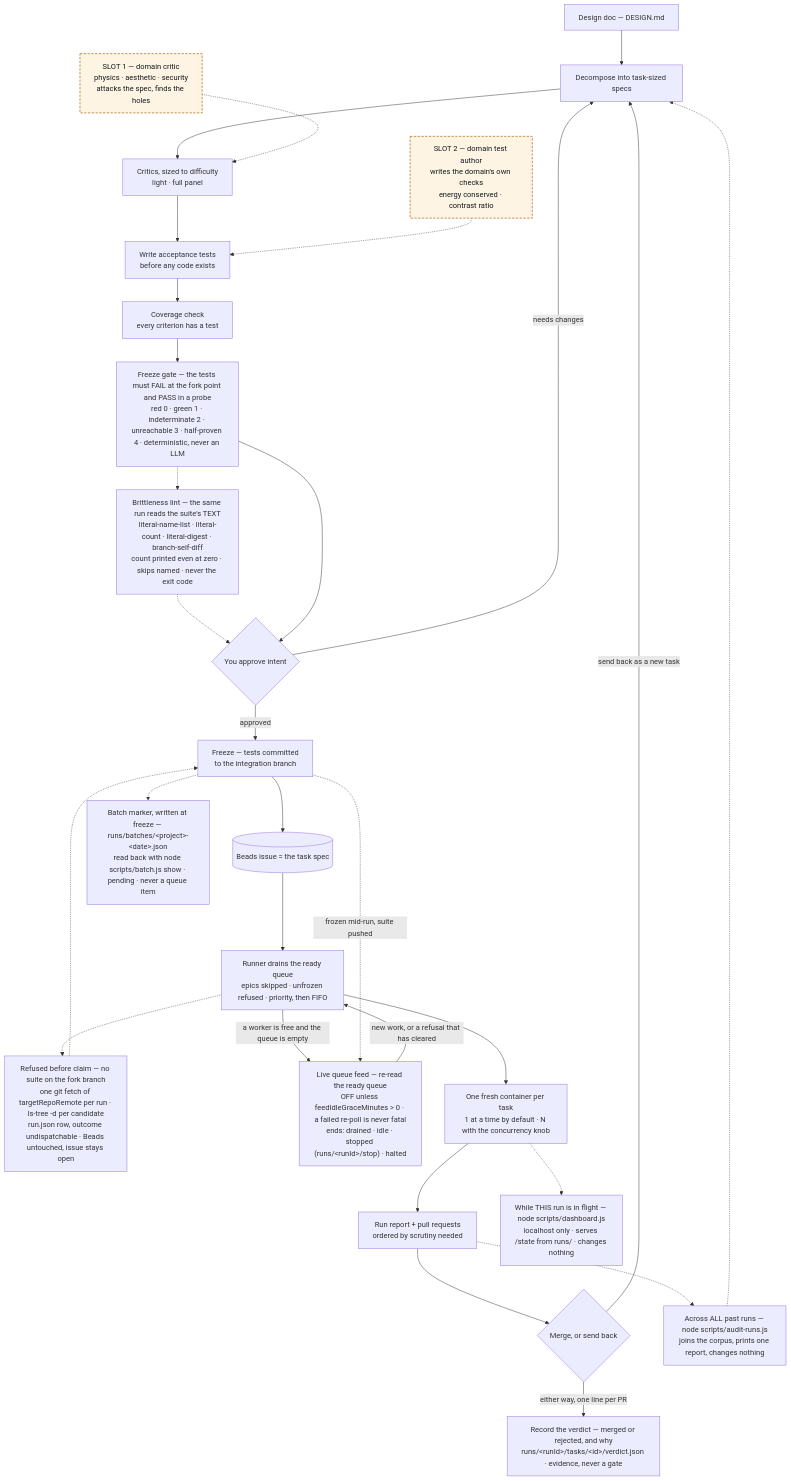
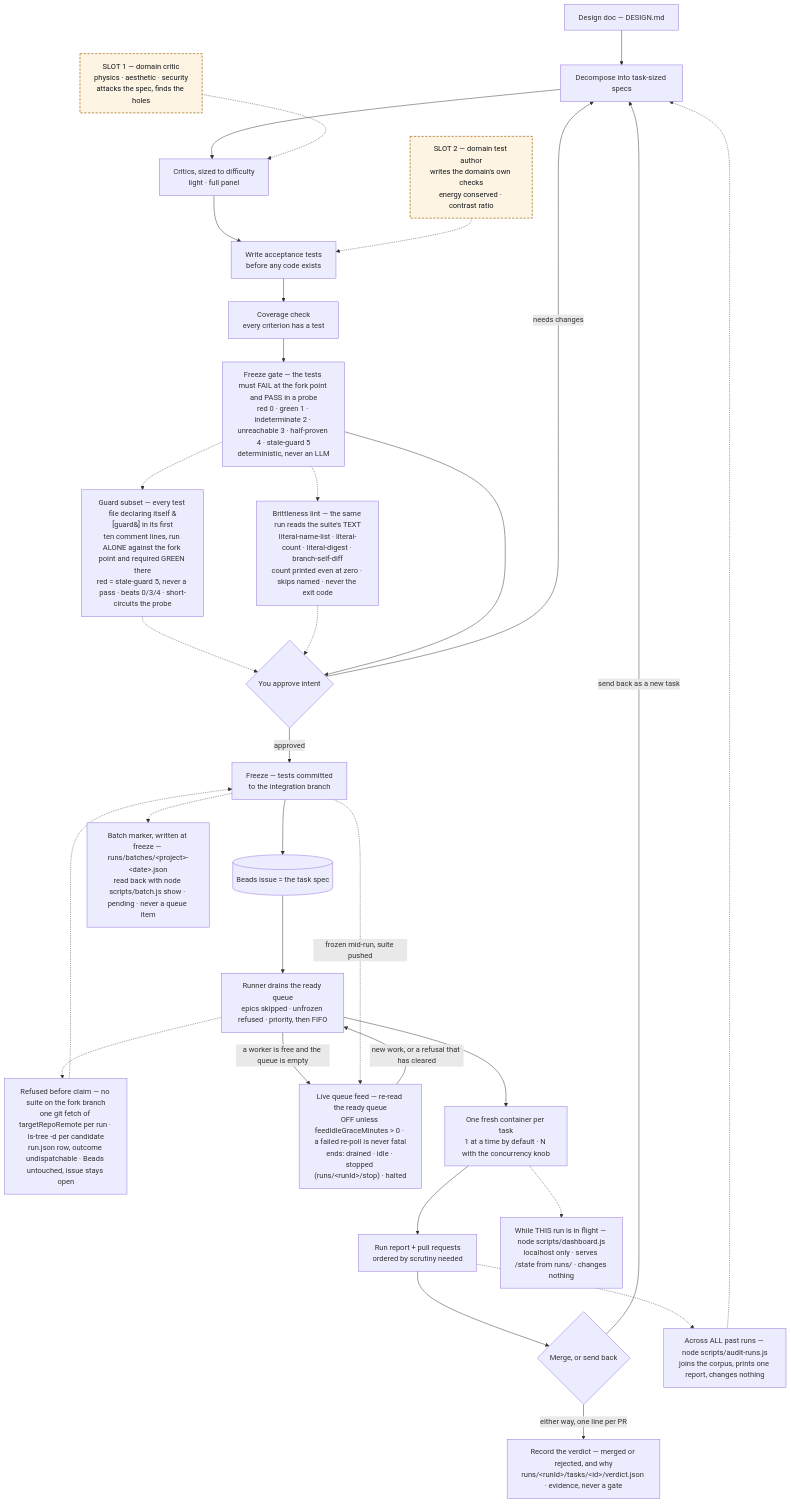
One commit to Chadleewalker/Multi-AgentPipelines changed the first of 5 diagrams in docs/pipeline-diagram.md. Above: the diagram before and after it, drawn with Mermaid. The commit also changed other lines of this file and 8 other files, not shown here.

````diff
--- a/docs/pipeline-diagram.md
+++ b/docs/pipeline-diagram.md
@@ -14,34 +14,36 @@
 ```mermaid
 flowchart TB
   A["Design doc — DESIGN.md"] --> B["Decompose into task-sized specs"]
   B --> C["Critics, sized to difficulty<br/>light · full panel"]
   SP1["SLOT 1 — domain critic<br/>physics · aesthetic · security<br/>attacks the spec, finds the holes"] -.-> C
   C --> D["Write acceptance tests<br/>before any code exists"]
   SP2["SLOT 2 — domain test author<br/>writes the domain's own checks<br/>energy conserved · contrast ratio"] -.-> D
   D --> E["Coverage check<br/>every criterion has a test"]
-  E --> FG["Freeze gate — the tests must FAIL at the fork point and PASS in a probe<br/>red 0 · green 1 · indeterminate 2 · unreachable 3 · half-proven 4 · deterministic, never an LLM"]
+  E --> FG["Freeze gate — the tests must FAIL at the fork point and PASS in a probe<br/>red 0 · green 1 · indeterminate 2 · unreachable 3 · half-proven 4 · stale-guard 5<br/>deterministic, never an LLM"]
+  FG -.-> SG["Guard subset — every test file declaring itself &#91;guard&#93; in its first<br/>ten comment lines, run ALONE against the fork point and required GREEN there<br/>red = stale-guard 5, never a pass · beats 0/3/4 · short-circuits the probe"]
   FG -.-> BL["Brittleness lint — the same run reads the suite's TEXT<br/>literal-name-list · literal-count · literal-digest · branch-self-diff<br/>count printed even at zero · skips named · never the exit code"]
+  SG -.-> F
   BL -.-> F
   FG --> F{"You approve intent"}
   F -->|"needs changes"| B
   F -->|"approved"| G["Freeze — tests committed<br/>to the integration branch"]
   G --> H[("Beads issue = the task spec")]
   G -.-> BM["Batch marker, written at freeze — runs/batches/&lt;project&gt;-&lt;date&gt;.json<br/>read back with node scripts/batch.js show · pending · never a queue item"]
   H --> I["Runner drains the ready queue<br/>epics skipped · unfrozen refused · priority, then FIFO"]
   I -.-> UD["Refused before claim — no suite on the fork branch<br/>one git fetch of targetRepoRemote per run · ls-tree -d per candidate<br/>run.json row, outcome undispatchable · Beads untouched, issue stays open"]
   UD -.-> G
   I -->|"a worker is free and the queue is empty"| FEED["Live queue feed — re-read the ready queue<br/>OFF unless feedIdleGraceMinutes &gt; 0 · a failed re-poll is never fatal<br/>ends: drained · idle · stopped (runs/&lt;runId&gt;/stop) · halted"]
   FEED -->|"new work, or a refusal that has cleared"| I
   G -.->|"frozen mid-run, suite pushed"| FEED
   I --> J["One fresh container per task<br/>1 at a time by default · N with the concurrency knob"]
   J --> K["Run report + pull requests<br/>ordered by scrutiny needed"]
   K --> L{"Merge, or send back"}
   L -->|"send back as a new task"| B
   L -->|"either way, one line per PR"| VD["Record the verdict — merged or rejected, and why<br/>runs/&lt;runId&gt;/tasks/&lt;id&gt;/verdict.json · evidence, never a gate"]
   K -.-> AUD["Across ALL past runs — node scripts/audit-runs.js<br/>joins the corpus, prints one report, changes nothing"]
   AUD -.-> B
   J -.-> DASH["While THIS run is in flight — node scripts/dashboard.js<br/>localhost only · serves /state from runs/ · changes nothing"]
 
   classDef specialist fill:#fdf4e3,stroke:#a86c17,stroke-width:1.5px,stroke-dasharray:5 3,color:#14181d
   class SP1,SP2 specialist
 ```
````
